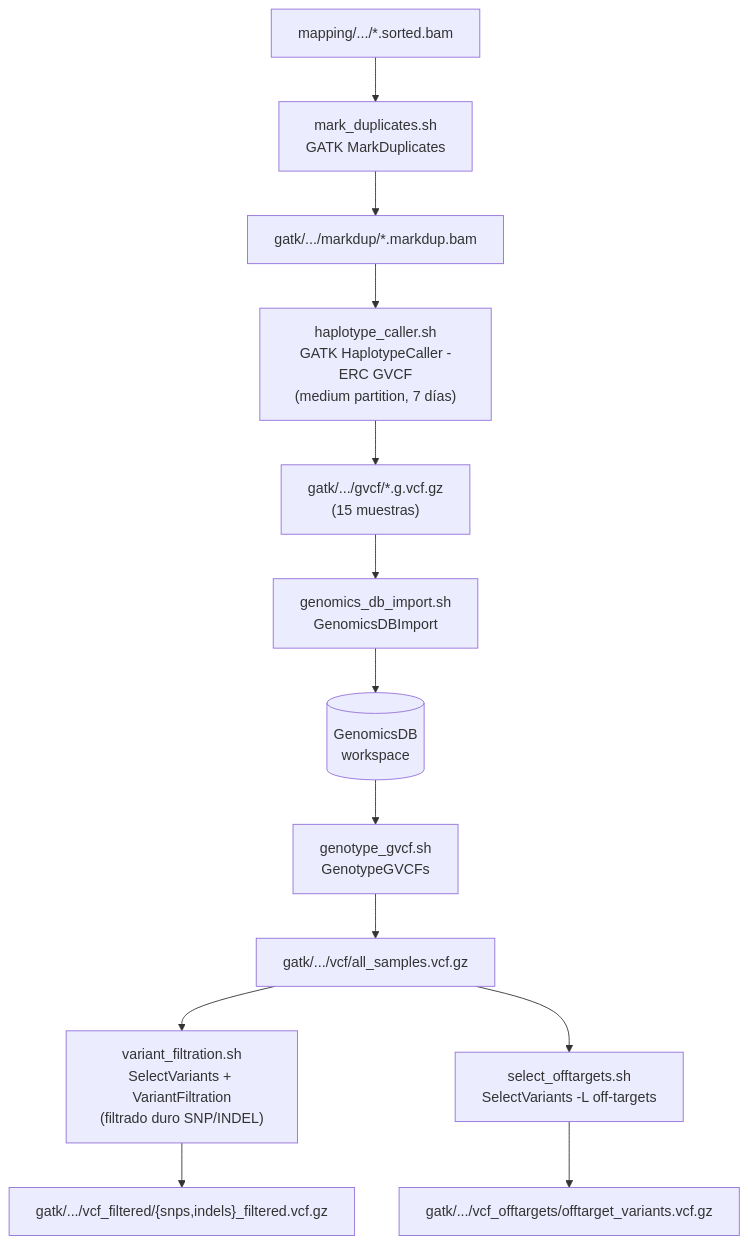
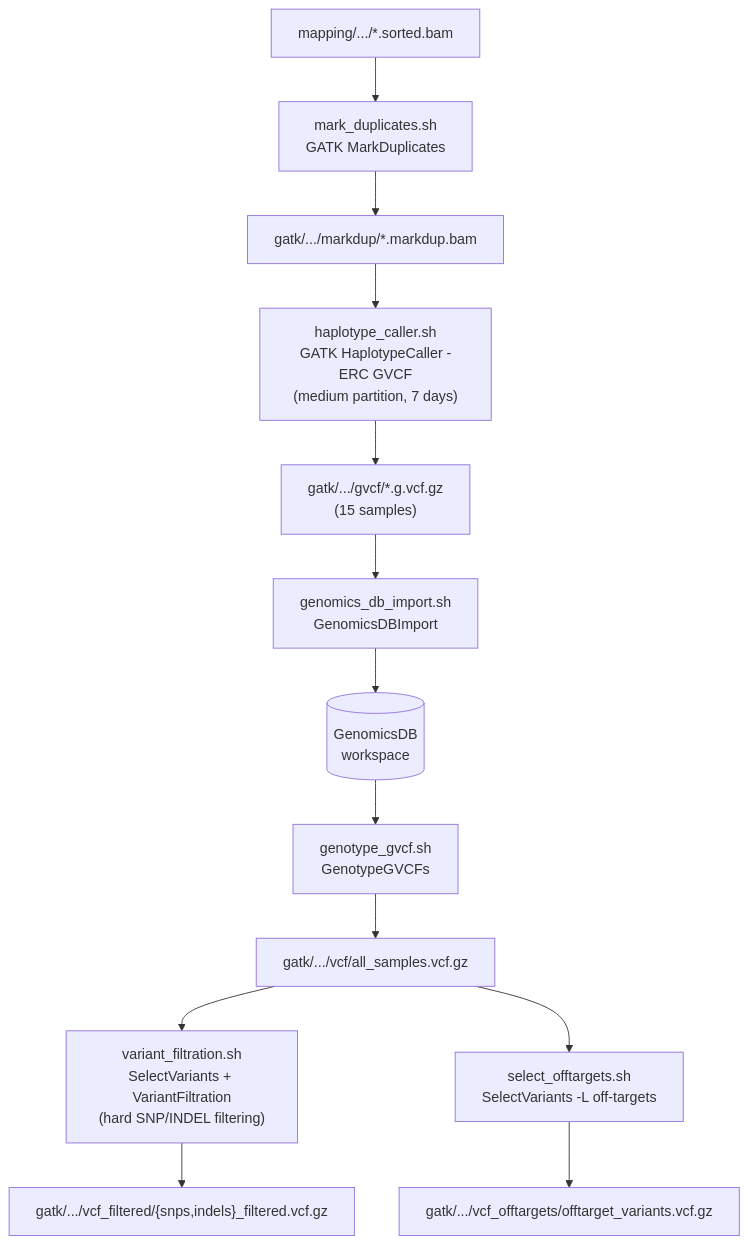
One commit to diegomartinez33/guppy-crispr-wgs-pipeline changed the third of 9 diagrams in docs/PIPELINE.md. Above: the diagram before and after it, drawn with Mermaid. The commit also changed other lines of this file and 11 other files, not shown here.

````diff
--- a/docs/PIPELINE.md
+++ b/docs/PIPELINE.md
@@ -111,15 +111,15 @@
 ```mermaid
 flowchart TD
     BAM["mapping/.../*.sorted.bam"] --> MD["mark_duplicates.sh\nGATK MarkDuplicates"]
     MD --> MDBAM["gatk/.../markdup/*.markdup.bam"]
-    MDBAM --> HC["haplotype_caller.sh\nGATK HaplotypeCaller -ERC GVCF\n(medium partition, 7 días)"]
-    HC --> GVCF["gatk/.../gvcf/*.g.vcf.gz\n(15 muestras)"]
+    MDBAM --> HC["haplotype_caller.sh\nGATK HaplotypeCaller -ERC GVCF\n(medium partition, 7 days)"]
+    HC --> GVCF["gatk/.../gvcf/*.g.vcf.gz\n(15 samples)"]
     GVCF --> DBI["genomics_db_import.sh\nGenomicsDBImport"]
     DBI --> DB[("GenomicsDB\nworkspace")]
     DB --> GG["genotype_gvcf.sh\nGenotypeGVCFs"]
     GG --> VCF["gatk/.../vcf/all_samples.vcf.gz"]
-    VCF --> VF["variant_filtration.sh\nSelectVariants + VariantFiltration\n(filtrado duro SNP/INDEL)"]
+    VCF --> VF["variant_filtration.sh\nSelectVariants + VariantFiltration\n(hard SNP/INDEL filtering)"]
     VF --> FVCF["gatk/.../vcf_filtered/{snps,indels}_filtered.vcf.gz"]
     VCF --> SOT["select_offtargets.sh\nSelectVariants -L off-targets"]
     SOT --> OTVCF["gatk/.../vcf_offtargets/offtarget_variants.vcf.gz"]
 ```
````
